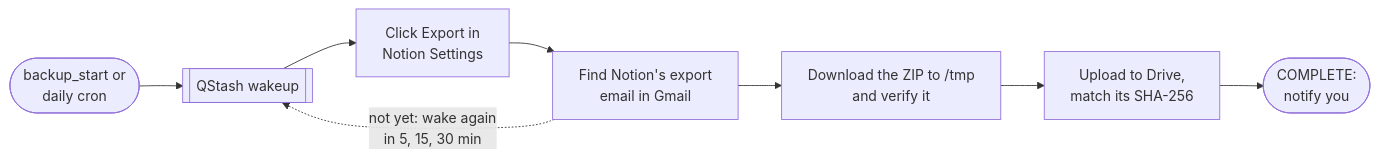
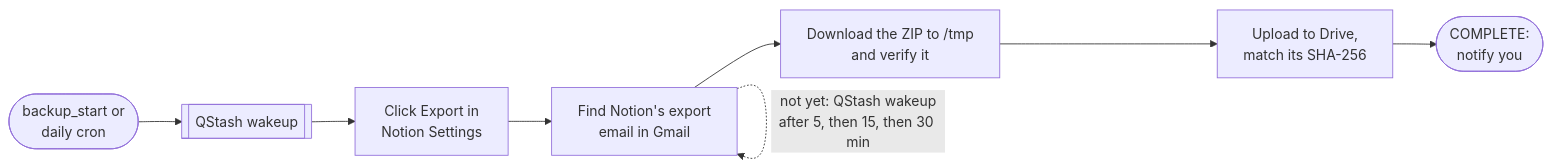
Before and after one commit to itemka/nodejs-backend-mastery: the second of 2 diagrams in workspaces/apps/notion-backup-automation/README.md, drawn with Mermaid. The commit also changed other lines of this file and 4 other files, not shown here.

````diff
--- a/workspaces/apps/notion-backup-automation/README.md
+++ b/workspaces/apps/notion-backup-automation/README.md
@@ -104,10 +88,10 @@
 ```mermaid
 flowchart LR
   Start([backup_start or<br/>daily cron]) --> Q[[QStash wakeup]]
   Q --> Trigger[Click Export in<br/>Notion Settings]
   Trigger --> Wait[Find Notion's export<br/>email in Gmail]
   Wait --> Transfer[Download the ZIP to /tmp<br/>and verify it]
   Transfer --> Upload[Upload to Drive,<br/>match its SHA-256]
   Upload --> Done([COMPLETE:<br/>notify you])
-  Wait -.->|not yet: wake again<br/>in 5, 15, 30 min| Q
+  Wait -.->|not yet: QStash wakeup<br/>after 5, then 15, then 30 min| Wait
 ```
````
